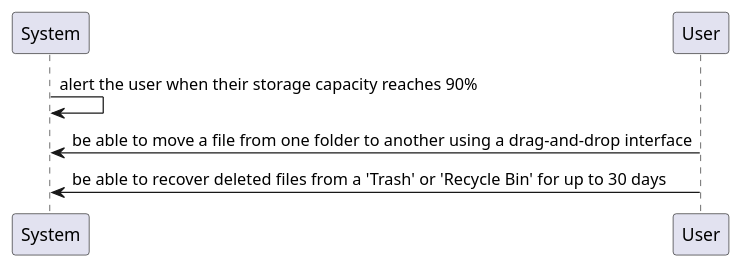
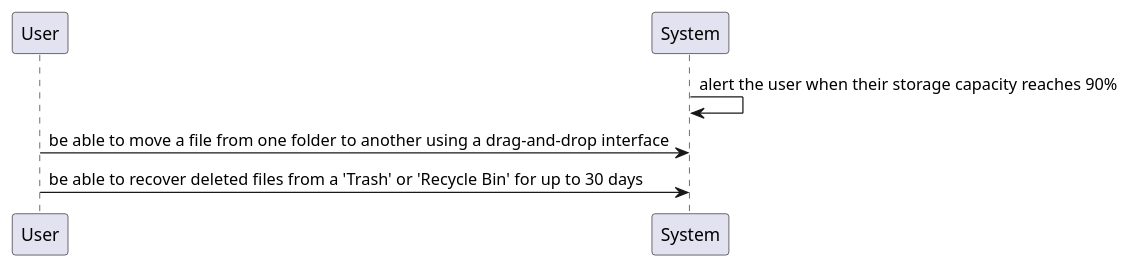
One commit to qamaruddin-qureshi/fyp-uml-diagram-generator changed the diagram in user_stories/golden_puml/sequence/sequence_test_Cloud_Storage_Management.puml. Above: the diagram before and after it, drawn with PlantUML. The commit also changed other lines of this file and 7 other files, not shown here.

First line of the commit message:
fix(sequence): enforce left-to-right arrow direction

```diff
--- a/user_stories/golden_puml/sequence/sequence_test_Cloud_Storage_Management.puml
+++ b/user_stories/golden_puml/sequence/sequence_test_Cloud_Storage_Management.puml
@@ -1,7 +1,7 @@
 @startuml
+participant "User" as User
 participant "System" as System
-participant "User" as User
 System -> System: alert the user when their storage capacity reaches 90%
 User -> System: be able to move a file from one folder to another using a drag-and-drop interface
 User -> System: be able to recover deleted files from a 'Trash' or 'Recycle Bin' for up to 30 days
 @enduml
```
